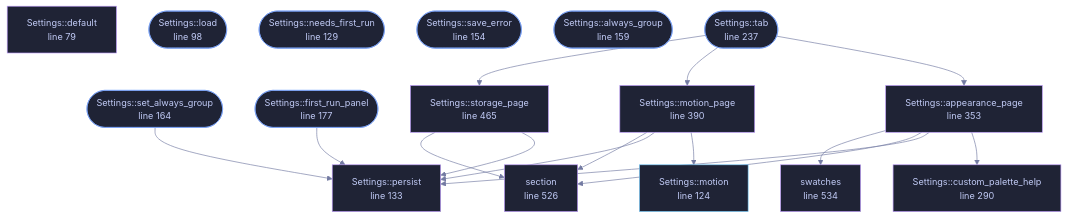
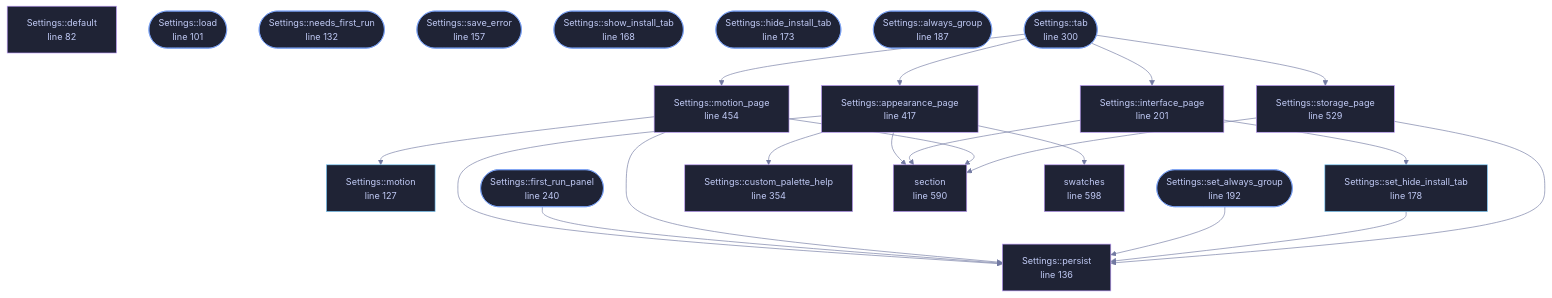
Before and after one commit to tilas01/veilvoice: the diagram in docs/files/veilvoice-gui/settings.md, drawn with Mermaid. The commit also changed other lines of this file and 26 other files, not shown here.

First line of the commit message:
install: a tab a portable copy needs and an installed one cannot mean

````diff
--- a/docs/files/veilvoice-gui/settings.md
+++ b/docs/files/veilvoice-gui/settings.md
@@ -89,56 +91,68 @@
 ```mermaid
 %%{init: {"theme":"base","themeVariables":{"background":"#1a1b26","primaryColor":"#1f2335","primaryTextColor":"#c0caf5","primaryBorderColor":"#7aa2f7","secondaryColor":"#16161e","tertiaryColor":"#16161e","lineColor":"#737aa2","textColor":"#c0caf5","mainBkg":"#1f2335","nodeBorder":"#7aa2f7","clusterBkg":"#16161e","clusterBorder":"#2f3549","fontFamily":"ui-monospace, SFMono-Regular, Consolas, monospace","fontSize":"14px"}}}%%
 flowchart TD
-    n_default["Settings::default<br/>line 79"]
-    n_load(["Settings::load<br/>line 98"])
-    n_motion["Settings::motion<br/>line 124"]
-    n_needs_first_run(["Settings::needs_first_run<br/>line 129"])
-    n_persist["Settings::persist<br/>line 133"]
-    n_save_error(["Settings::save_error<br/>line 154"])
-    n_always_group(["Settings::always_group<br/>line 159"])
-    n_set_always_group(["Settings::set_always_group<br/>line 164"])
-    n_first_run_panel(["Settings::first_run_panel<br/>line 177"])
-    n_tab(["Settings::tab<br/>line 237"])
-    n_custom_palette_help["Settings::custom_palette_help<br/>line 290"]
-    n_appearance_page["Settings::appearance_page<br/>line 353"]
-    n_motion_page["Settings::motion_page<br/>line 390"]
-    n_storage_page["Settings::storage_page<br/>line 465"]
-    n_section["section<br/>line 526"]
-    n_swatches["swatches<br/>line 534"]
+    n_default["Settings::default<br/>line 82"]
+    n_load(["Settings::load<br/>line 101"])
+    n_motion["Settings::motion<br/>line 127"]
+    n_needs_first_run(["Settings::needs_first_run<br/>line 132"])
+    n_persist["Settings::persist<br/>line 136"]
+    n_save_error(["Settings::save_error<br/>line 157"])
+    n_show_install_tab(["Settings::show_install_tab<br/>line 168"])
+    n_hide_install_tab(["Settings::hide_install_tab<br/>line 173"])
+    n_set_hide_install_tab["Settings::set_hide_install_tab<br/>line 178"]
+    n_always_group(["Settings::always_group<br/>line 187"])
+    n_set_always_group(["Settings::set_always_group<br/>line 192"])
+    n_interface_page["Settings::interface_page<br/>line 201"]
+    n_first_run_panel(["Settings::first_run_panel<br/>line 240"])
+    n_tab(["Settings::tab<br/>line 300"])
+    n_custom_palette_help["Settings::custom_palette_help<br/>line 354"]
+    n_appearance_page["Settings::appearance_page<br/>line 417"]
+    n_motion_page["Settings::motion_page<br/>line 454"]
+    n_storage_page["Settings::storage_page<br/>line 529"]
+    n_section["section<br/>line 590"]
+    n_swatches["swatches<br/>line 598"]
     n_appearance_page --> n_custom_palette_help
     n_appearance_page --> n_persist
     n_appearance_page --> n_section
     n_appearance_page --> n_swatches
     n_first_run_panel --> n_persist
+    n_interface_page --> n_section
+    n_interface_page --> n_set_hide_install_tab
     n_motion_page --> n_motion
     n_motion_page --> n_persist
     n_motion_page --> n_section
     n_set_always_group --> n_persist
+    n_set_hide_install_tab --> n_persist
     n_storage_page --> n_persist
     n_storage_page --> n_section
     n_tab --> n_appearance_page
+    n_tab --> n_interface_page
     n_tab --> n_motion_page
     n_tab --> n_storage_page
-    click n_default href "https://github.com/tilas01/veilvoice/blob/main/crates/veilvoice-gui/src/settings.rs#L79" "open the source"
-    click n_load href "https://github.com/tilas01/veilvoice/blob/main/crates/veilvoice-gui/src/settings.rs#L98" "open the source"
-    click n_motion href "https://github.com/tilas01/veilvoice/blob/main/crates/veilvoice-gui/src/settings.rs#L124" "open the source"
-    click n_needs_first_run href "https://github.com/tilas01/veilvoice/blob/main/crates/veilvoice-gui/src/settings.rs#L129" "open the source"
-    click n_persist href "https://github.com/tilas01/veilvoice/blob/main/crates/veilvoice-gui/src/settings.rs#L133" "open the source"
-    click n_save_error href "https://github.com/tilas01/veilvoice/blob/main/crates/veilvoice-gui/src/settings.rs#L154" "open the source"
-    click n_always_group href "https://github.com/tilas01/veilvoice/blob/main/crates/veilvoice-gui/src/settings.rs#L159" "open the source"
-    click n_set_always_group href "https://github.com/tilas01/veilvoice/blob/main/crates/veilvoice-gui/src/settings.rs#L164" "open the source"
-    click n_first_run_panel href "https://github.com/tilas01/veilvoice/blob/main/crates/veilvoice-gui/src/settings.rs#L177" "open the source"
-    click n_tab href "https://github.com/tilas01/veilvoice/blob/main/crates/veilvoice-gui/src/settings.rs#L237" "open the source"
-    click n_custom_palette_help href "https://github.com/tilas01/veilvoice/blob/main/crates/veilvoice-gui/src/settings.rs#L290" "open the source"
-    click n_appearance_page href "https://github.com/tilas01/veilvoice/blob/main/crates/veilvoice-gui/src/settings.rs#L353" "open the source"
-    click n_motion_page href "https://github.com/tilas01/veilvoice/blob/main/crates/veilvoice-gui/src/settings.rs#L390" "open the source"
-    click n_storage_page href "https://github.com/tilas01/veilvoice/blob/main/crates/veilvoice-gui/src/settings.rs#L465" "open the source"
-    click n_section href "https://github.com/tilas01/veilvoice/blob/main/crates/veilvoice-gui/src/settings.rs#L526" "open the source"
-    click n_swatches href "https://github.com/tilas01/veilvoice/blob/main/crates/veilvoice-gui/src/settings.rs#L534" "open the source"
+    click n_default href "https://github.com/tilas01/veilvoice/blob/main/crates/veilvoice-gui/src/settings.rs#L82" "open the source"
+    click n_load href "https://github.com/tilas01/veilvoice/blob/main/crates/veilvoice-gui/src/settings.rs#L101" "open the source"
+    click n_motion href "https://github.com/tilas01/veilvoice/blob/main/crates/veilvoice-gui/src/settings.rs#L127" "open the source"
+    click n_needs_first_run href "https://github.com/tilas01/veilvoice/blob/main/crates/veilvoice-gui/src/settings.rs#L132" "open the source"
+    click n_persist href "https://github.com/tilas01/veilvoice/blob/main/crates/veilvoice-gui/src/settings.rs#L136" "open the source"
+    click n_save_error href "https://github.com/tilas01/veilvoice/blob/main/crates/veilvoice-gui/src/settings.rs#L157" "open the source"
+    click n_show_install_tab href "https://github.com/tilas01/veilvoice/blob/main/crates/veilvoice-gui/src/settings.rs#L168" "open the source"
+    click n_hide_install_tab href "https://github.com/tilas01/veilvoice/blob/main/crates/veilvoice-gui/src/settings.rs#L173" "open the source"
+    click n_set_hide_install_tab href "https://github.com/tilas01/veilvoice/blob/main/crates/veilvoice-gui/src/settings.rs#L178" "open the source"
+    click n_always_group href "https://github.com/tilas01/veilvoice/blob/main/crates/veilvoice-gui/src/settings.rs#L187" "open the source"
+    click n_set_always_group href "https://github.com/tilas01/veilvoice/blob/main/crates/veilvoice-gui/src/settings.rs#L192" "open the source"
+    click n_interface_page href "https://github.com/tilas01/veilvoice/blob/main/crates/veilvoice-gui/src/settings.rs#L201" "open the source"
+    click n_first_run_panel href "https://github.com/tilas01/veilvoice/blob/main/crates/veilvoice-gui/src/settings.rs#L240" "open the source"
+    click n_tab href "https://github.com/tilas01/veilvoice/blob/main/crates/veilvoice-gui/src/settings.rs#L300" "open the source"
+    click n_custom_palette_help href "https://github.com/tilas01/veilvoice/blob/main/crates/veilvoice-gui/src/settings.rs#L354" "open the source"
+    click n_appearance_page href "https://github.com/tilas01/veilvoice/blob/main/crates/veilvoice-gui/src/settings.rs#L417" "open the source"
+    click n_motion_page href "https://github.com/tilas01/veilvoice/blob/main/crates/veilvoice-gui/src/settings.rs#L454" "open the source"
+    click n_storage_page href "https://github.com/tilas01/veilvoice/blob/main/crates/veilvoice-gui/src/settings.rs#L529" "open the source"
+    click n_section href "https://github.com/tilas01/veilvoice/blob/main/crates/veilvoice-gui/src/settings.rs#L590" "open the source"
+    click n_swatches href "https://github.com/tilas01/veilvoice/blob/main/crates/veilvoice-gui/src/settings.rs#L598" "open the source"
     classDef entry fill:#1f2335,stroke:#7aa2f7,color:#c0caf5
-    class n_load,n_needs_first_run,n_save_error,n_always_group,n_set_always_group,n_first_run_panel,n_tab entry
+    class n_load,n_needs_first_run,n_save_error,n_show_install_tab,n_hide_install_tab,n_always_group,n_set_always_group,n_first_run_panel,n_tab entry
     classDef api fill:#1f2335,stroke:#7dcfff,color:#c0caf5
-    class n_motion api
+    class n_motion,n_set_hide_install_tab api
     classDef helper fill:#1f2335,stroke:#bb9af7,color:#c0caf5
-    class n_default,n_persist,n_custom_palette_help,n_appearance_page,n_motion_page,n_storage_page,n_section,n_swatches helper
+    class n_default,n_persist,n_interface_page,n_custom_palette_help,n_appearance_page,n_motion_page,n_storage_page,n_section,n_swatches helper
 ```
````
